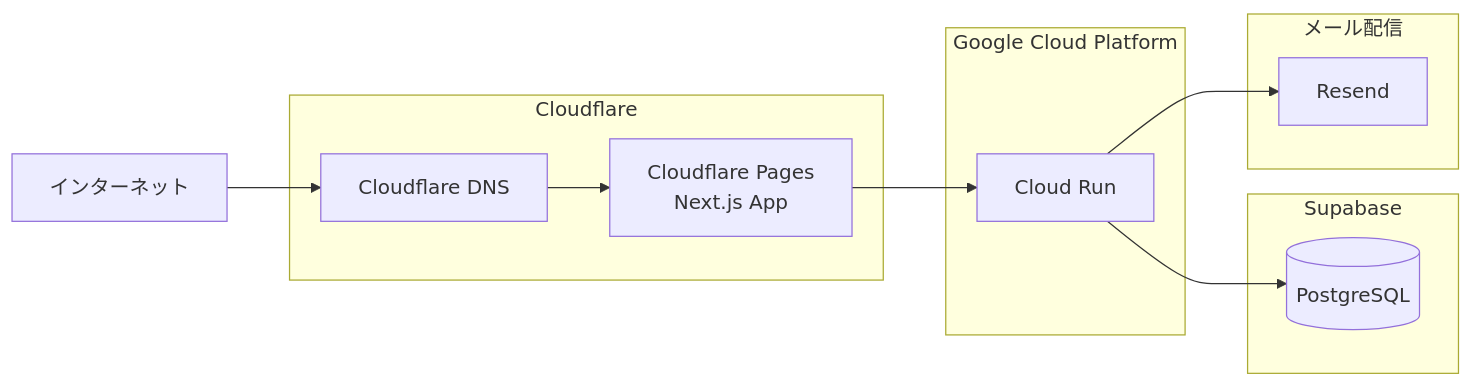
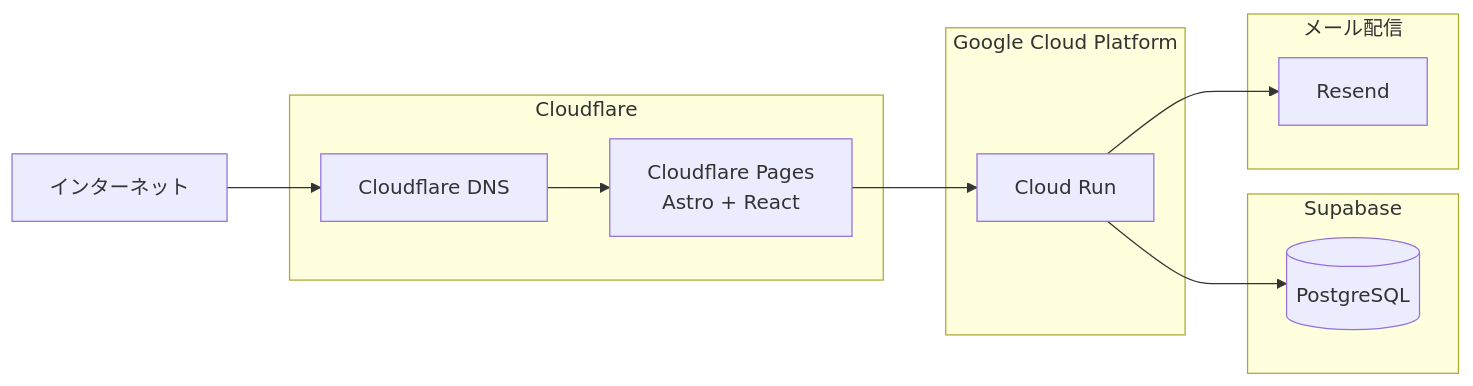
Before and after one commit to cergijame101007/satehits: the third of 4 diagrams in docs/infrastructure.md, drawn with Mermaid. The commit also changed other lines of this file, not shown here.

Commit message:
docs: インフラ構成をAstro + bun + Cloudflare Pagesに更新

````diff
--- a/docs/infrastructure.md
+++ b/docs/infrastructure.md
@@ -134,25 +136,25 @@
 ```mermaid
 flowchart LR
     subgraph CF[Cloudflare]
         DNS[Cloudflare DNS]
-        Pages[Cloudflare Pages<br>Next.js App]
+        Pages[Cloudflare Pages<br>Astro + React]
     end
 
     subgraph GCP[Google Cloud Platform]
         CloudRun[Cloud Run]
     end
 
     subgraph Supabase[Supabase]
         DB[(PostgreSQL)]
     end
 
     subgraph Mail[メール配信]
         Resend[Resend]
     end
 
     Internet[インターネット] --> DNS
     DNS --> Pages
     Pages --> CloudRun
     CloudRun --> DB
     CloudRun --> Resend
 ```
````
